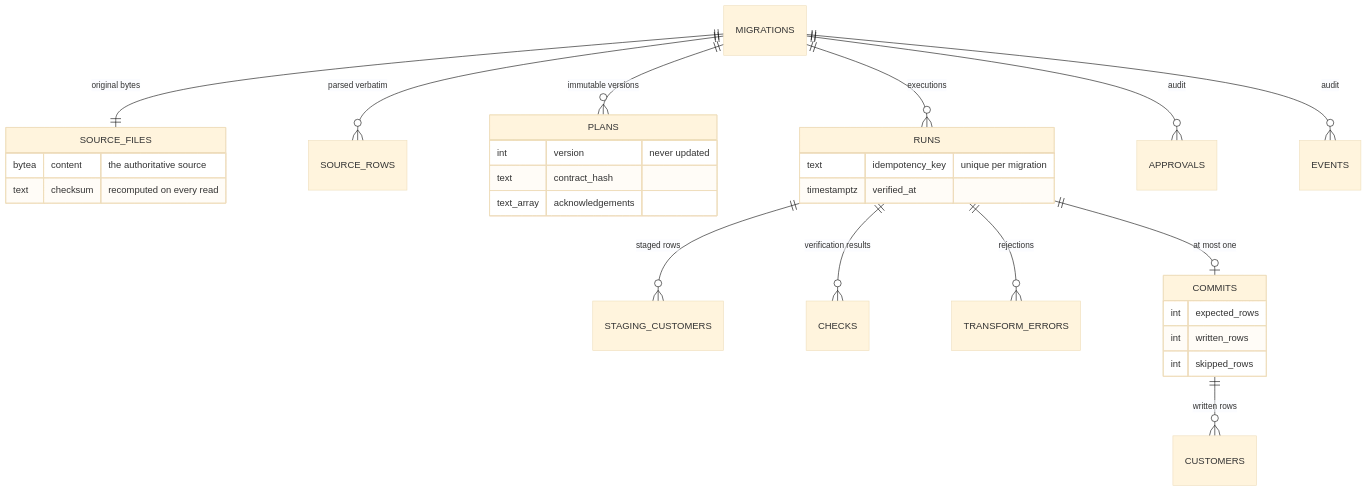
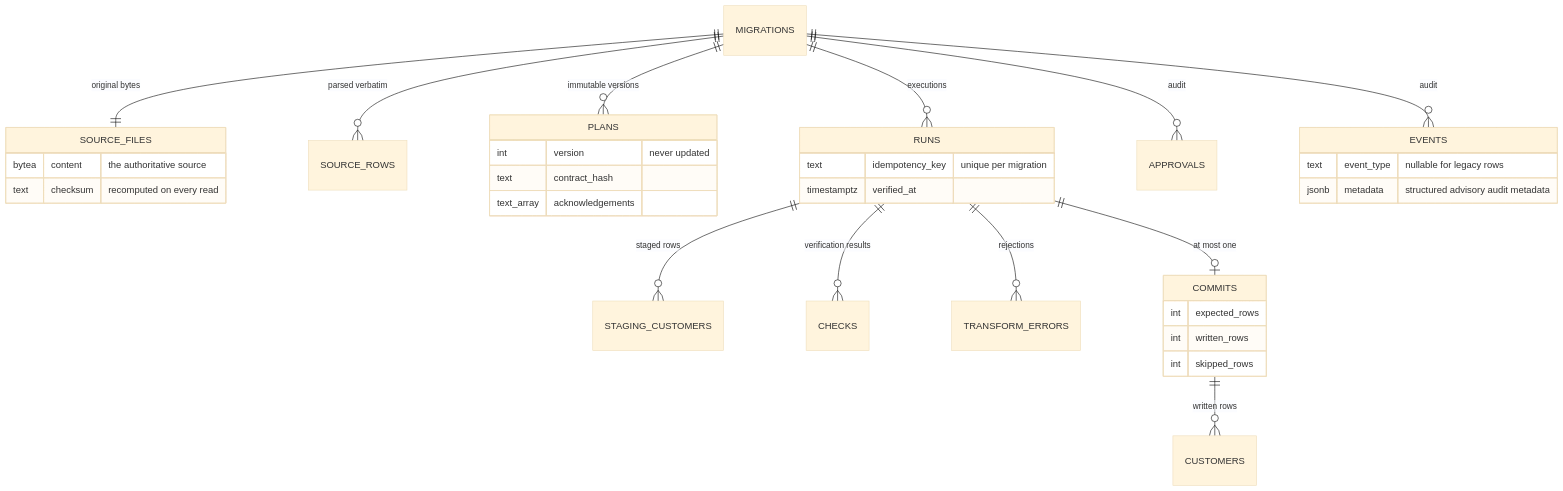
Before and after one commit to wiqilee/Moveproof: the fifth of 5 diagrams in README.md, drawn with Mermaid (base theme). The commit also changed other lines of this file and 19 other files, not shown here.

````diff
--- a/README.md
+++ b/README.md
@@ -434,33 +466,37 @@
 ```mermaid
 erDiagram
     MIGRATIONS ||--|| SOURCE_FILES : "original bytes"
     MIGRATIONS ||--o{ SOURCE_ROWS : "parsed verbatim"
     MIGRATIONS ||--o{ PLANS : "immutable versions"
     MIGRATIONS ||--o{ RUNS : "executions"
     MIGRATIONS ||--o{ APPROVALS : "audit"
     MIGRATIONS ||--o{ EVENTS : "audit"
     RUNS ||--o{ STAGING_CUSTOMERS : "staged rows"
     RUNS ||--o{ CHECKS : "verification results"
     RUNS ||--o{ TRANSFORM_ERRORS : "rejections"
     RUNS ||--o| COMMITS : "at most one"
     COMMITS ||--o{ CUSTOMERS : "written rows"
 
     SOURCE_FILES {
         bytea content "the authoritative source"
         text checksum "recomputed on every read"
     }
     PLANS {
         int version "never updated"
         text contract_hash
         text_array acknowledgements
     }
     RUNS {
         text idempotency_key "unique per migration"
         timestamptz verified_at
     }
+    EVENTS {
+        text event_type "nullable for legacy rows"
+        jsonb metadata "structured advisory audit metadata"
+    }
     COMMITS {
         int expected_rows
         int written_rows
         int skipped_rows
     }
 ```
````
